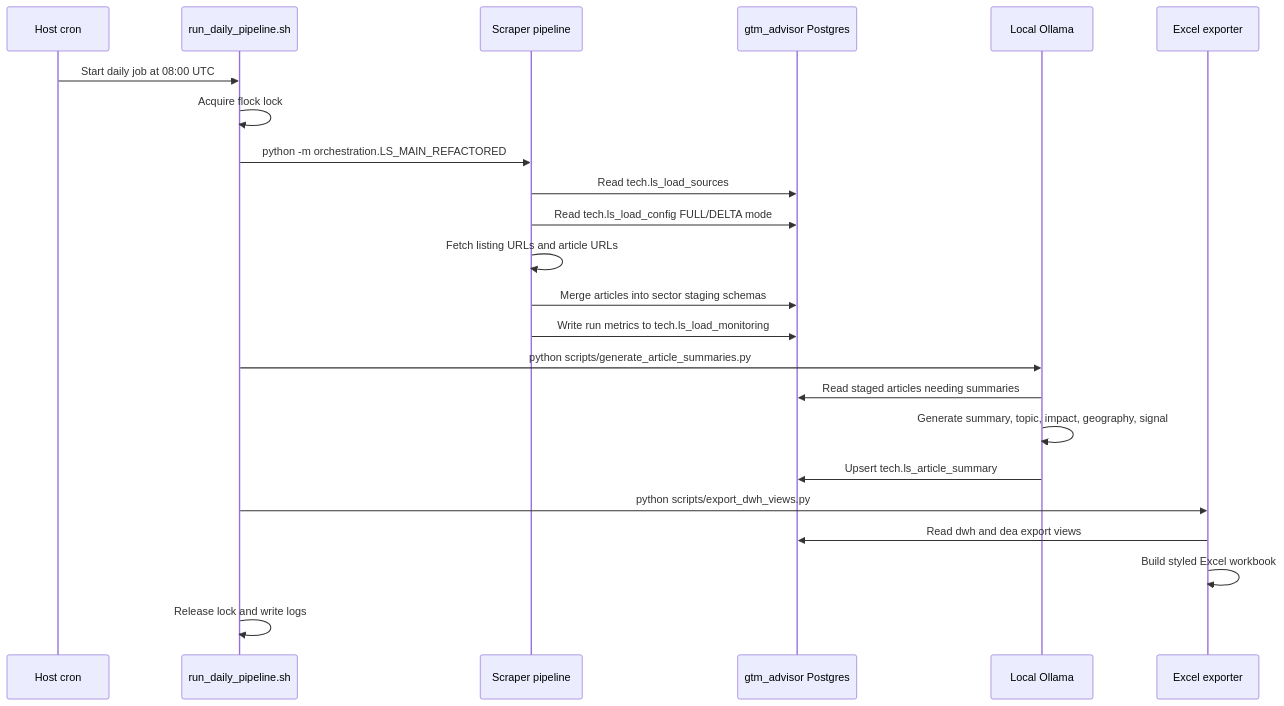
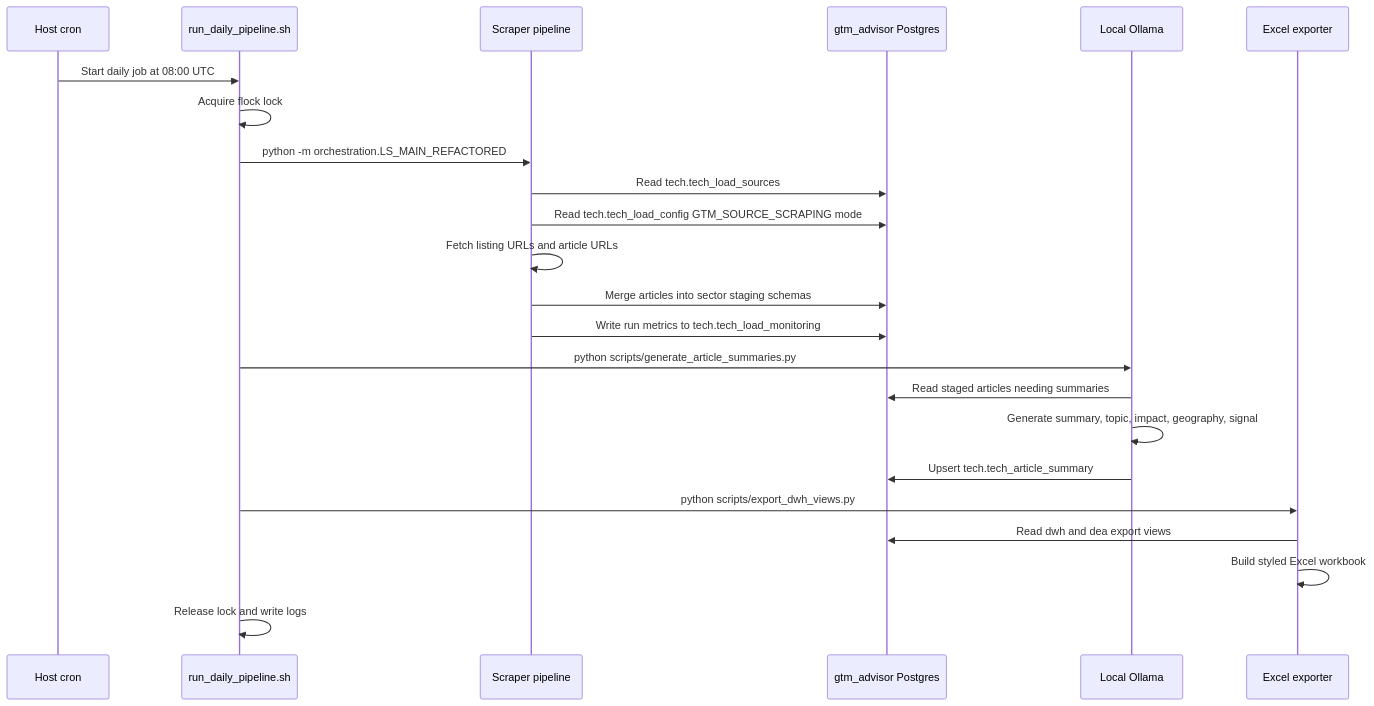
Before and after one commit to valentinjoseph/lifescihub: the second of 4 diagrams in docs/architecture/gtm_advisor_technical_architecture.md, drawn with Mermaid. The commit also changed other lines of this file and 33 other files, not shown here.

````diff
--- a/docs/architecture/gtm_advisor_technical_architecture.md
+++ b/docs/architecture/gtm_advisor_technical_architecture.md
@@ -112,26 +112,26 @@
 ```mermaid
 sequenceDiagram
     participant Cron as Host cron
     participant Runner as run_daily_pipeline.sh
     participant Scrape as Scraper pipeline
     participant PG as gtm_advisor Postgres
     participant AI as Local Ollama
     participant Export as Excel exporter
 
     Cron->>Runner: Start daily job at 08:00 UTC
     Runner->>Runner: Acquire flock lock
     Runner->>Scrape: python -m orchestration.LS_MAIN_REFACTORED
-    Scrape->>PG: Read tech.ls_load_sources
-    Scrape->>PG: Read tech.ls_load_config FULL/DELTA mode
+    Scrape->>PG: Read tech.tech_load_sources
+    Scrape->>PG: Read tech.tech_load_config GTM_SOURCE_SCRAPING mode
     Scrape->>Scrape: Fetch listing URLs and article URLs
     Scrape->>PG: Merge articles into sector staging schemas
-    Scrape->>PG: Write run metrics to tech.ls_load_monitoring
+    Scrape->>PG: Write run metrics to tech.tech_load_monitoring
     Runner->>AI: python scripts/generate_article_summaries.py
     AI->>PG: Read staged articles needing summaries
     AI->>AI: Generate summary, topic, impact, geography, signal
-    AI->>PG: Upsert tech.ls_article_summary
+    AI->>PG: Upsert tech.tech_article_summary
     Runner->>Export: python scripts/export_dwh_views.py
     Export->>PG: Read dwh and dea export views
     Export->>Export: Build styled Excel workbook
     Runner->>Runner: Release lock and write logs
 ```
````
